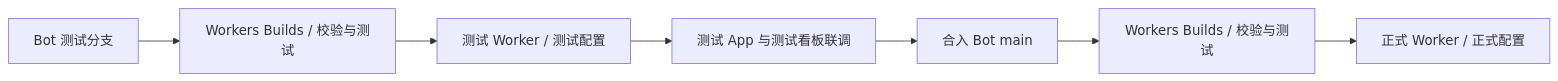
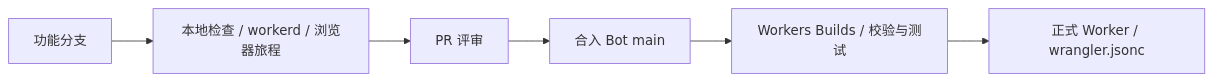
The second of 2 diagrams in docs/architecture.md (ScienceDiscovery/sciencediscovery_bot), drawn with Mermaid before and after one commit. The commit also changed other lines of this file and 16 other files, not shown here.

````diff
--- a/docs/architecture.md
+++ b/docs/architecture.md
@@ -108,9 +106,8 @@
 ```mermaid
 flowchart LR
-    DEV[Bot 测试分支] --> TB[Workers Builds / 校验与测试]
-    TB --> TW[测试 Worker / 测试配置]
-    TW --> CHECK[测试 App 与测试看板联调]
-    CHECK --> MERGE[合入 Bot main]
+    BRANCH[功能分支] --> LOCAL[本地检查 / workerd / 浏览器旅程]
+    LOCAL --> REVIEW[PR 评审]
+    REVIEW --> MERGE[合入 Bot main]
     MERGE --> PB[Workers Builds / 校验与测试]
-    PB --> PW[正式 Worker / 正式配置]
+    PB --> PW[正式 Worker / wrangler.jsonc]
 ```
````
